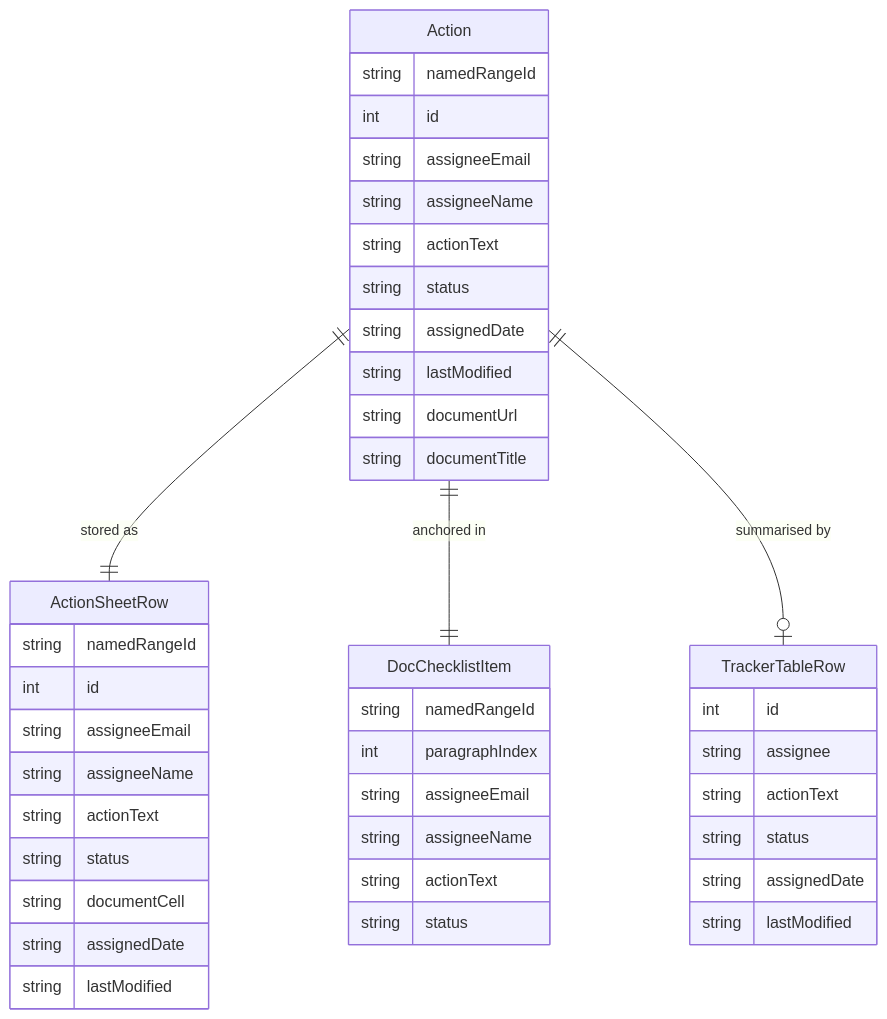
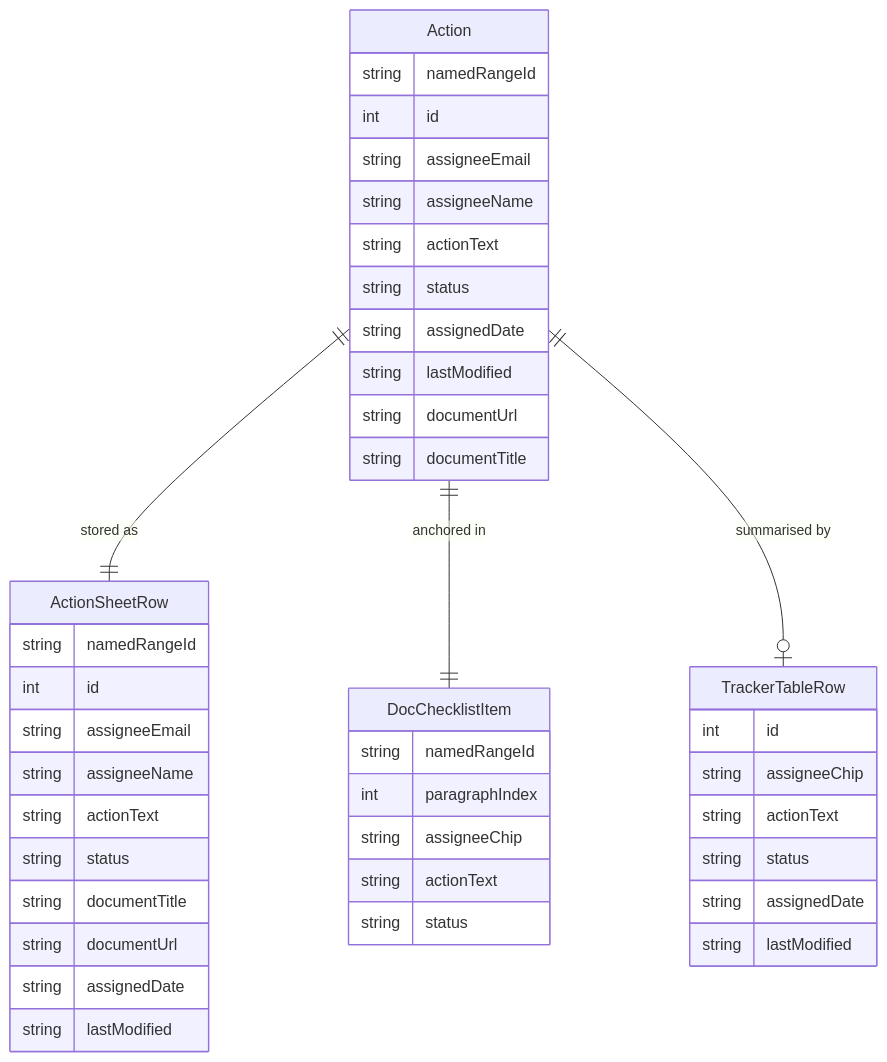
One commit to stuartdonaldson/GActionSheet changed the second of 2 diagrams in docs/DESIGN.md. Above: the diagram before and after it, drawn with Mermaid. The commit also changed other lines of this file and 5 other files, not shown here.

````diff
--- a/docs/DESIGN.md
+++ b/docs/DESIGN.md
@@ -181,46 +183,46 @@
 ```mermaid
 erDiagram
     Action {
         string  namedRangeId
         int     id
         string  assigneeEmail
         string  assigneeName
         string  actionText
         string  status
         string  assignedDate
         string  lastModified
         string  documentUrl
         string  documentTitle
     }
     ActionSheetRow {
         string  namedRangeId
         int     id
         string  assigneeEmail
         string  assigneeName
         string  actionText
         string  status
-        string  documentCell
+        string  documentTitle
+        string  documentUrl
         string  assignedDate
         string  lastModified
     }
     DocChecklistItem {
         string  namedRangeId
         int     paragraphIndex
-        string  assigneeEmail
-        string  assigneeName
+        string  assigneeChip
         string  actionText
         string  status
     }
     TrackerTableRow {
         int     id
-        string  assignee
+        string  assigneeChip
         string  actionText
         string  status
         string  assignedDate
         string  lastModified
     }
 
     Action ||--|| ActionSheetRow : "stored as"
     Action ||--|| DocChecklistItem : "anchored in"
     Action ||--o| TrackerTableRow : "summarised by"
 ```
````
